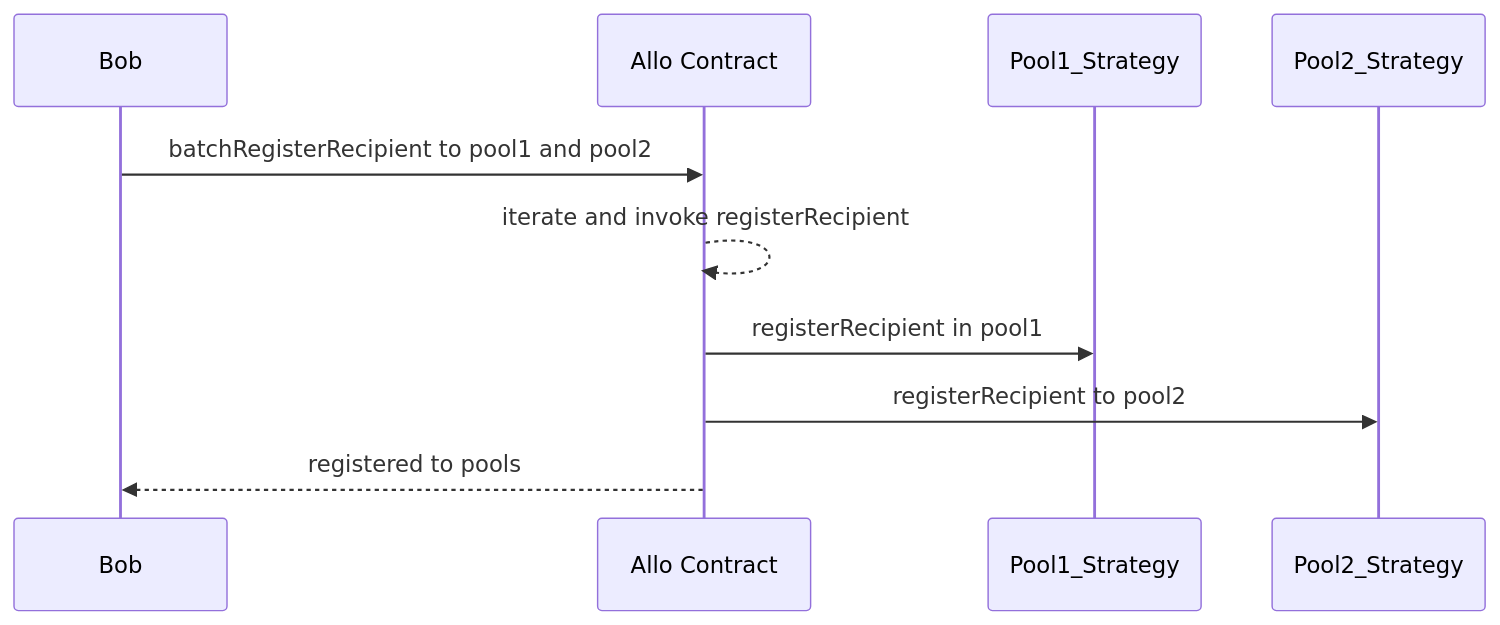
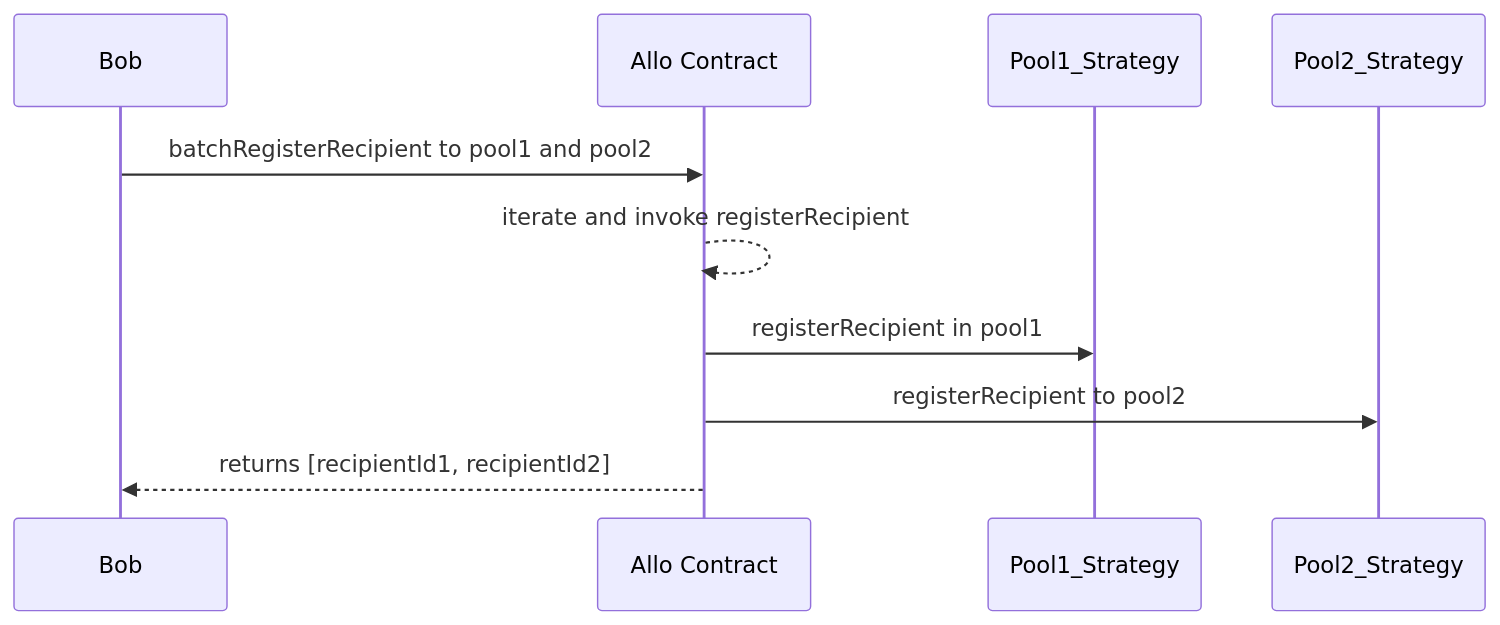
Before and after one commit to allo-protocol/allo-v2: the fifth of 8 diagrams in contracts/readme/Allo.md, drawn with Mermaid. The commit also changed other lines of this file, not shown here.

````diff
--- a/contracts/readme/Allo.md
+++ b/contracts/readme/Allo.md
@@ -221,13 +221,13 @@
 ```mermaid
 sequenceDiagram
     participant Bob as Bob
     participant Allo as Allo Contract
     participant Pool1_Strategy as Pool1_Strategy
     participant Pool2_Strategy as Pool2_Strategy
 
     Bob->>Allo: batchRegisterRecipient to pool1 and pool2
     Allo-->>Allo: iterate and invoke registerRecipient
     Allo->>Pool1_Strategy: registerRecipient in pool1
     Allo->>Pool2_Strategy: registerRecipient to pool2
-    Allo-->>Bob: registered to pools
+    Allo-->>Bob: returns [recipientId1, recipientId2]
 ```
````
